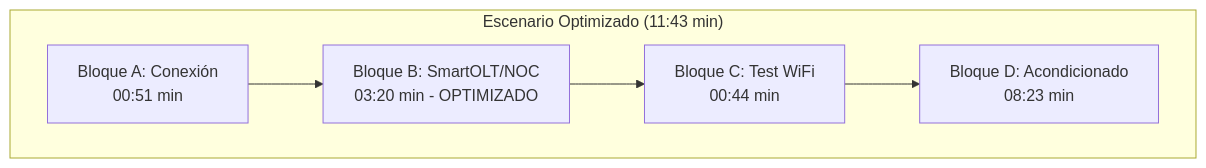
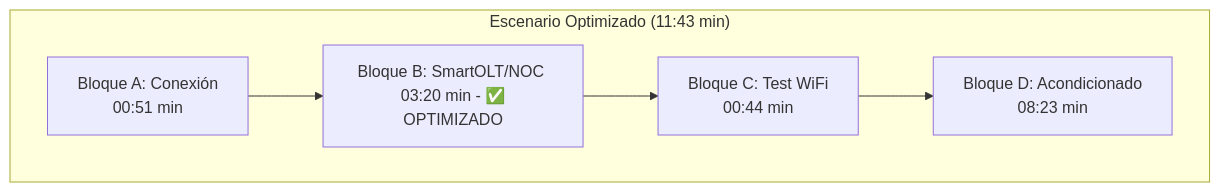
Before and after one commit to elingenierok/procedimientos-isp: the second of 2 diagrams in docs/diagnosticos/DG-EQU-001.md, drawn with Mermaid. The commit also changed other lines of this file, not shown here.

Commit message:
Update diagrams with improved labels and icons

````diff
--- a/docs/diagnosticos/DG-EQU-001.md
+++ b/docs/diagnosticos/DG-EQU-001.md
@@ -52,8 +52,8 @@
 ```mermaid
 graph TD
     subgraph DESPUES ["Escenario Optimizado (11:43 min)"]
-        B1[Bloque A: Conexión <br/> 00:51 min] --> B2[Bloque B: SmartOLT/NOC <br/> 03:20 min - OPTIMIZADO]
+        B1[Bloque A: Conexión <br/> 00:51 min] --> B2[Bloque B: SmartOLT/NOC <br/> 03:20 min - ✅ OPTIMIZADO]
         B2 --> B3[Bloque C: Test WiFi <br/> 00:44 min]
         B3 --> B4[Bloque D: Acondicionado <br/> 08:23 min]
     end
 ```
````
